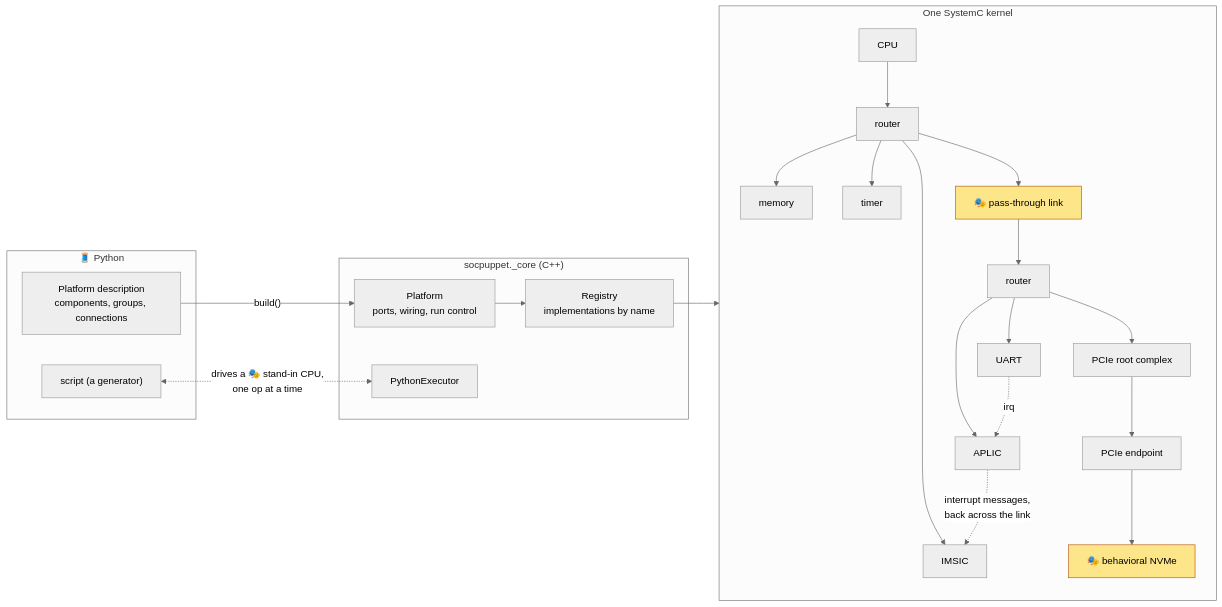
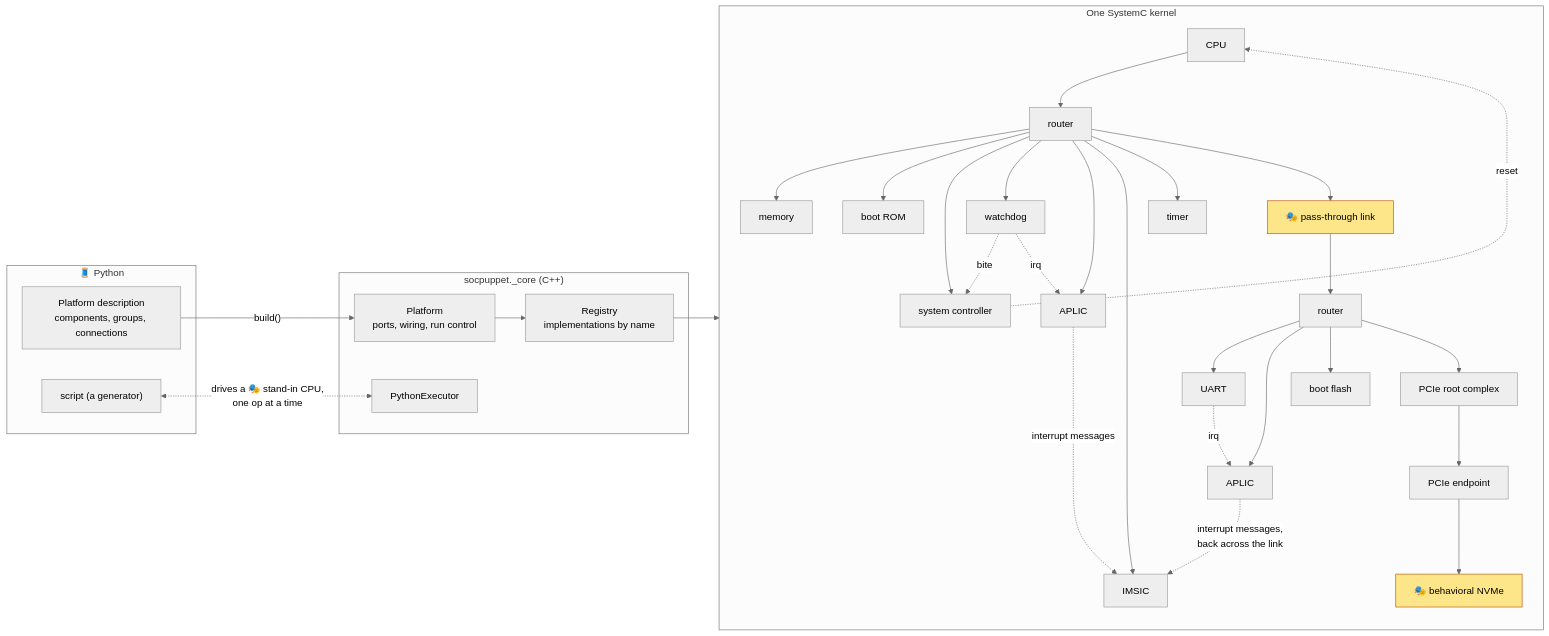
One commit to cphurley82/socpuppet changed the first of 3 diagrams in docs/architecture.md. Above: the diagram before and after it, drawn with Mermaid (neutral theme). The commit also changed other lines of this file and 28 other files, not shown here.

First line of the commit message:
M14's show and docs: boot_from_flash.py, and the guide's two new sections

````diff
--- a/docs/architecture.md
+++ b/docs/architecture.md
@@ -9,43 +9,57 @@
 ```mermaid
 flowchart LR
     subgraph py["🧵 Python"]
         desc["Platform description<br/>components, groups, connections"]
         script["script (a generator)"]
     end
     subgraph core["socpuppet._core (C++)"]
         reg["Registry<br/>implementations by name"]
         plat["Platform<br/>ports, wiring, run control"]
         exec["PythonExecutor"]
     end
     subgraph sim["One SystemC kernel"]
         cpu["CPU"]
         bus["router"]
         ram["memory"]
+        rom["boot ROM"]
+        syscon["system controller"]
+        wdt["watchdog"]
+        caplic["APLIC"]
         imsic["IMSIC"]
         link["🎭 pass-through link"]
         iobus["router"]
         uart["UART"]
         aplic["APLIC"]
+        flash["boot flash"]
         timer["timer"]
         rc["PCIe root complex"]
         ep["PCIe endpoint"]
         nvme["🎭 behavioral NVMe"]
         cpu --> bus
         bus --> ram
+        bus --> rom
+        bus --> syscon
+        bus --> wdt
+        bus --> caplic
         bus --> imsic
         bus --> timer
         bus --> link --> iobus
         iobus --> uart
         iobus --> aplic
+        iobus --> flash
+        wdt -. "bite" .-> syscon
+        syscon -. "reset" .-> cpu
+        wdt -. "irq" .-> caplic
+        caplic -. "interrupt messages" .-> imsic
         uart -. "irq" .-> aplic
         aplic -. "interrupt messages,<br/>back across the link" .-> imsic
         iobus --> rc --> ep --> nvme
     end
     desc -- "build()" --> plat
     plat --> reg
     reg --> sim
     script <-. "drives a 🎭 stand-in CPU,<br/>one op at a time" .-> exec
 
     classDef standin fill:#fde68a,stroke:#b45309,color:#000
     class link,nvme standin
 ```
````
